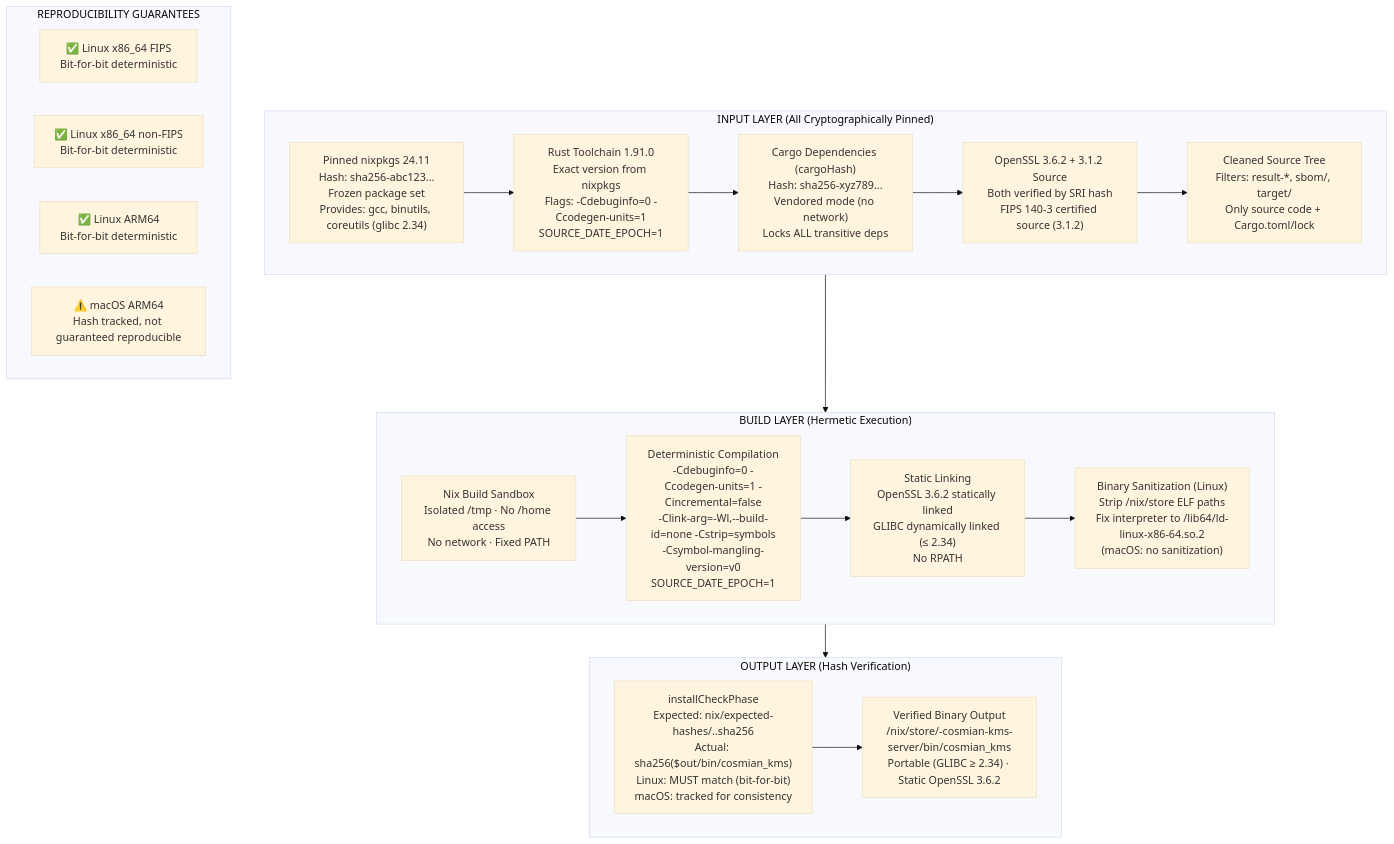
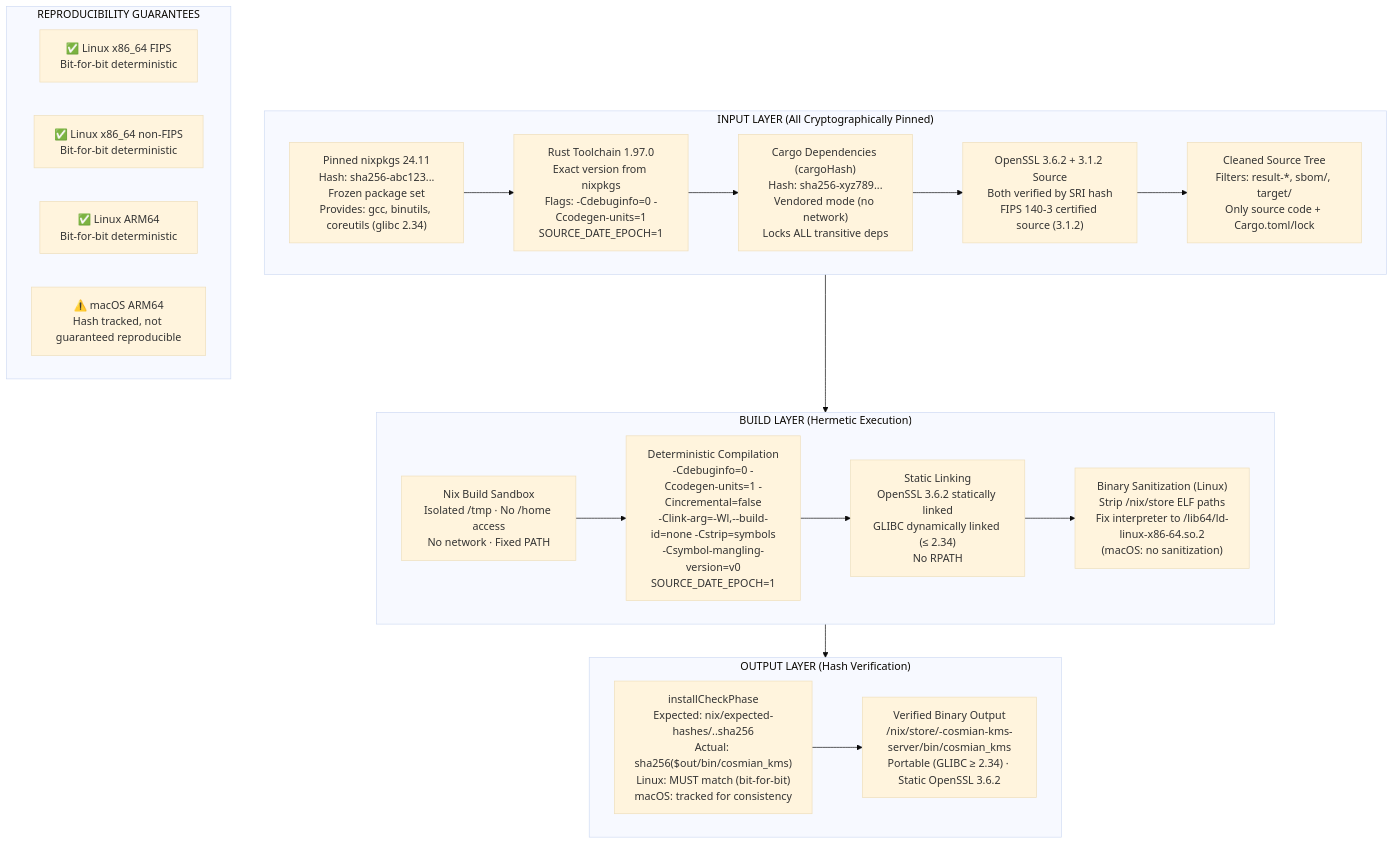
One commit to Cosmian/kms changed the second of 11 diagrams in nix/README.md. Above: the diagram before and after it, drawn with Mermaid (base theme). The commit also changed other lines of this file and 45 other files, not shown here.

````diff
--- a/nix/README.md
+++ b/nix/README.md
@@ -263,31 +263,31 @@
 ```mermaid
 flowchart TB
     subgraph inputs["INPUT LAYER (All Cryptographically Pinned)"]
         nixpkgs["Pinned nixpkgs 24.11<br/>Hash: sha256-abc123...<br/>Frozen package set<br/>Provides: gcc, binutils, coreutils (glibc 2.34)"]
-        rust_tc["Rust Toolchain 1.91.0<br/>Exact version from nixpkgs<br/>Flags: -Cdebuginfo=0 -Ccodegen-units=1<br/>SOURCE_DATE_EPOCH=1"]
+        rust_tc["Rust Toolchain 1.97.0<br/>Exact version from nixpkgs<br/>Flags: -Cdebuginfo=0 -Ccodegen-units=1<br/>SOURCE_DATE_EPOCH=1"]
         cargo_hash["Cargo Dependencies (cargoHash)<br/>Hash: sha256-xyz789...<br/>Vendored mode (no network)<br/>Locks ALL transitive deps"]
         openssl_src["OpenSSL 3.6.2 + 3.1.2 Source<br/>Both verified by SRI hash<br/>FIPS 140-3 certified source (3.1.2)"]
         clean_src["Cleaned Source Tree<br/>Filters: result-*, sbom/, target/<br/>Only source code + Cargo.toml/lock"]
         nixpkgs --> rust_tc --> cargo_hash --> openssl_src --> clean_src
     end
     subgraph build["BUILD LAYER (Hermetic Execution)"]
         sandbox["Nix Build Sandbox<br/>Isolated /tmp · No /home access<br/>No network · Fixed PATH"]
         det_comp["Deterministic Compilation<br/>-Cdebuginfo=0 -Ccodegen-units=1 -Cincremental=false<br/>-Clink-arg=-Wl,--build-id=none -Cstrip=symbols<br/>-Csymbol-mangling-version=v0<br/>SOURCE_DATE_EPOCH=1"]
         static_link["Static Linking<br/>OpenSSL 3.6.2 statically linked<br/>GLIBC dynamically linked (≤ 2.34)<br/>No RPATH"]
         sanitize["Binary Sanitization (Linux)<br/>Strip /nix/store ELF paths<br/>Fix interpreter to /lib64/ld-linux-x86-64.so.2<br/>(macOS: no sanitization)"]
         sandbox --> det_comp --> static_link --> sanitize
     end
     subgraph output["OUTPUT LAYER (Hash Verification)"]
         check_phase["installCheckPhase<br/>Expected: nix/expected-hashes/<variant>.<system>.sha256<br/>Actual: sha256($out/bin/cosmian_kms)<br/>Linux: MUST match (bit-for-bit)<br/>macOS: tracked for consistency"]
         verified["Verified Binary Output<br/>/nix/store/<hash>-cosmian-kms-server/bin/cosmian_kms<br/>Portable (GLIBC ≥ 2.34) · Static OpenSSL 3.6.2"]
         check_phase --> verified
     end
     inputs --> build --> output
 
     subgraph guarantees["REPRODUCIBILITY GUARANTEES"]
         linux_fips["✅ Linux x86_64 FIPS<br/>Bit-for-bit deterministic"]
         linux_nf["✅ Linux x86_64 non-FIPS<br/>Bit-for-bit deterministic"]
         linux_arm["✅ Linux ARM64<br/>Bit-for-bit deterministic"]
         macos["⚠️ macOS ARM64<br/>Hash tracked, not guaranteed reproducible"]
     end
 ```
````
